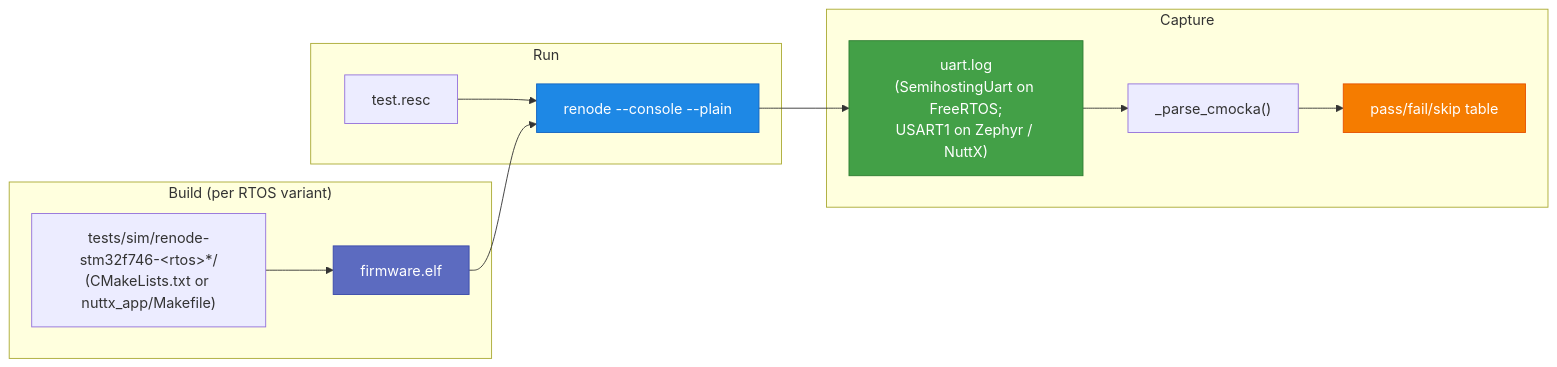
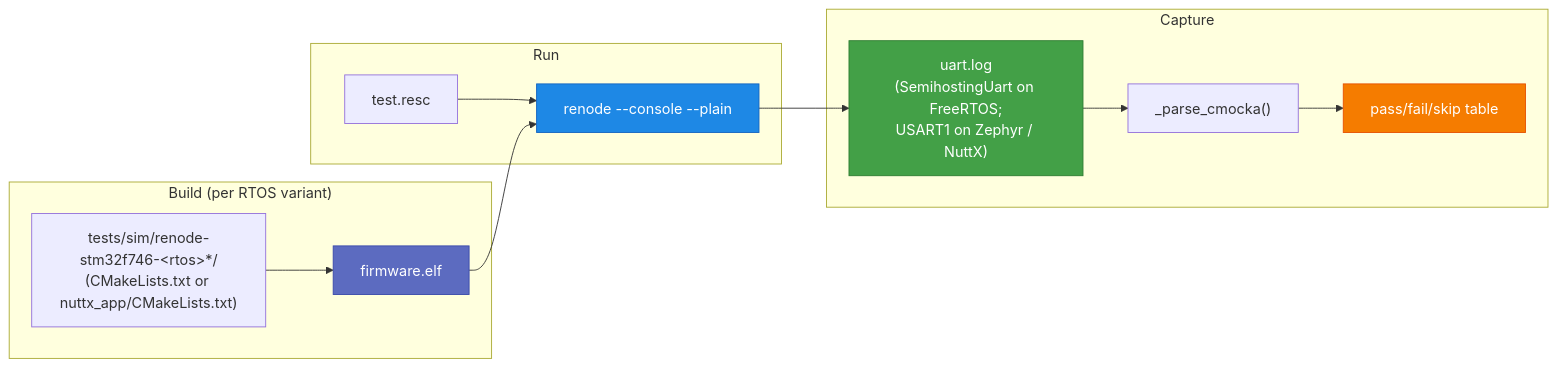
The diagram in docs-site/docs/testing/renode.md (Varcain/oveRTOS), drawn with Mermaid before and after one commit. The commit also changed other lines of this file and 24 other files, not shown here.

````diff
--- a/docs-site/docs/testing/renode.md
+++ b/docs-site/docs/testing/renode.md
@@ -47,28 +47,28 @@
 ```mermaid
 flowchart LR
     subgraph Build["Build (per RTOS variant)"]
-        SRC["tests/sim/renode-stm32f746-&lt;rtos&gt;*/<br/>(CMakeLists.txt or nuttx_app/Makefile)"]
+        SRC["tests/sim/renode-stm32f746-&lt;rtos&gt;*/<br/>(CMakeLists.txt or nuttx_app/CMakeLists.txt)"]
         ELF["firmware.elf"]
         SRC --> ELF
     end
 
     subgraph Run["Run"]
         RESC["test.resc"]
         RENODE["renode --console --plain"]
         RESC --> RENODE
     end
 
     subgraph Capture
         UART["uart.log<br/>(SemihostingUart on FreeRTOS;<br/>USART1 on Zephyr / NuttX)"]
         PARSE["_parse_cmocka()"]
         TABLE["pass/fail/skip table"]
         UART --> PARSE --> TABLE
     end
 
     ELF --> RENODE --> UART
 
     style ELF fill:#5c6bc0,stroke:#3949ab,color:#fff
     style RENODE fill:#1e88e5,stroke:#1565c0,color:#fff
     style UART fill:#43a047,stroke:#2e7d32,color:#fff
     style TABLE fill:#f57c00,stroke:#e65100,color:#fff
 ```
````
